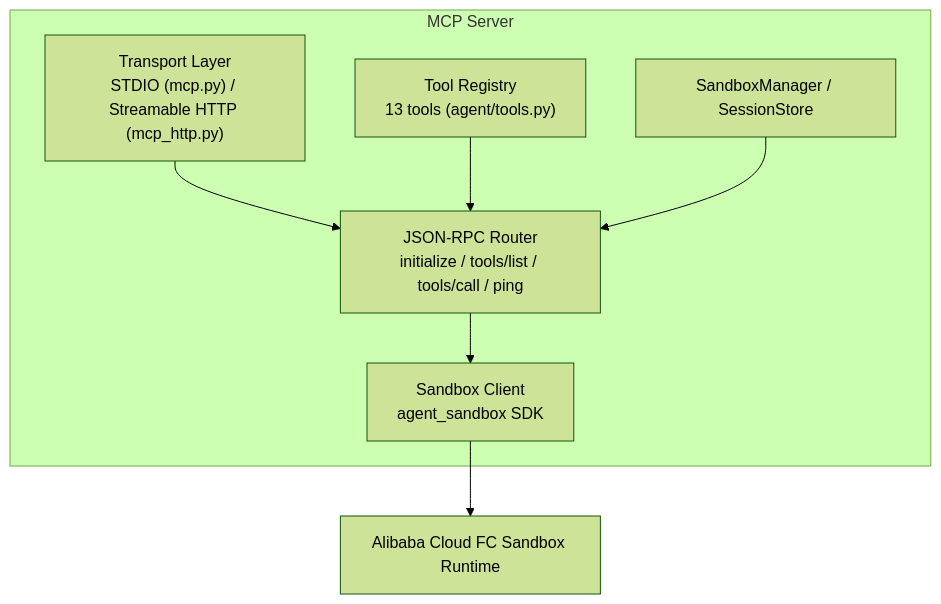
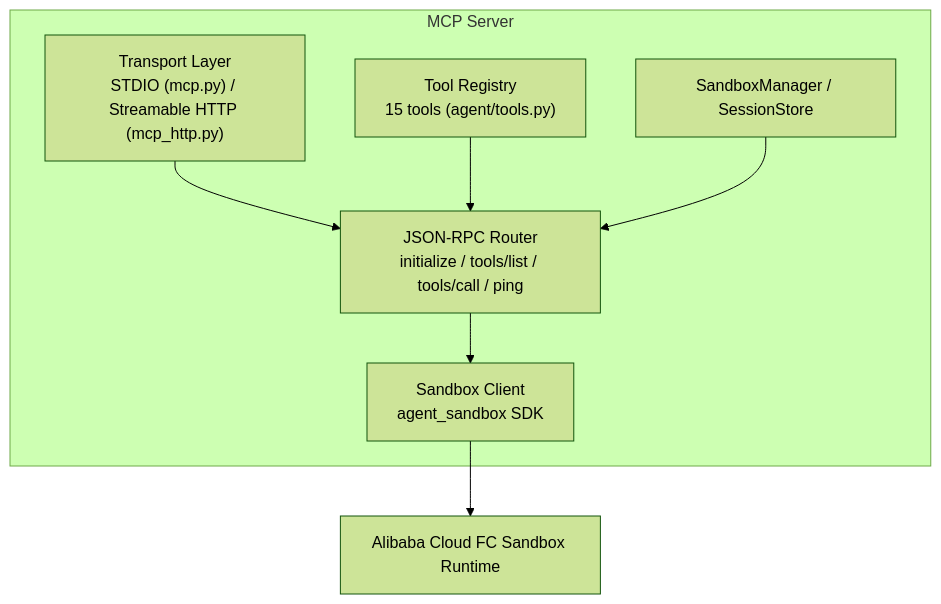
Before and after one commit to Alibaba-Agent-Sandbox/python-sdk: the fifth of 6 diagrams in docs/en/design/mcp-server.md, drawn with Mermaid (forest theme). The commit also changed other lines of this file and 31 other files, not shown here.

````diff
--- a/docs/en/design/mcp-server.md
+++ b/docs/en/design/mcp-server.md
@@ -315,15 +316,15 @@
 ```mermaid
 graph TD
     subgraph MCP["MCP Server"]
         TL["Transport Layer\nSTDIO (mcp.py) / Streamable HTTP (mcp_http.py)"]
-        TR["Tool Registry\n13 tools (agent/tools.py)"]
+        TR["Tool Registry\n15 tools (agent/tools.py)"]
         SM["SandboxManager / SessionStore"]
         RR["JSON-RPC Router\ninitialize / tools/list / tools/call / ping"]
         SC["Sandbox Client\nagent_sandbox SDK"]
     end
     TL --> RR
     TR --> RR
     SM --> RR
     RR --> SC
     SC --> FC["Alibaba Cloud FC Sandbox Runtime"]
 ```
````
